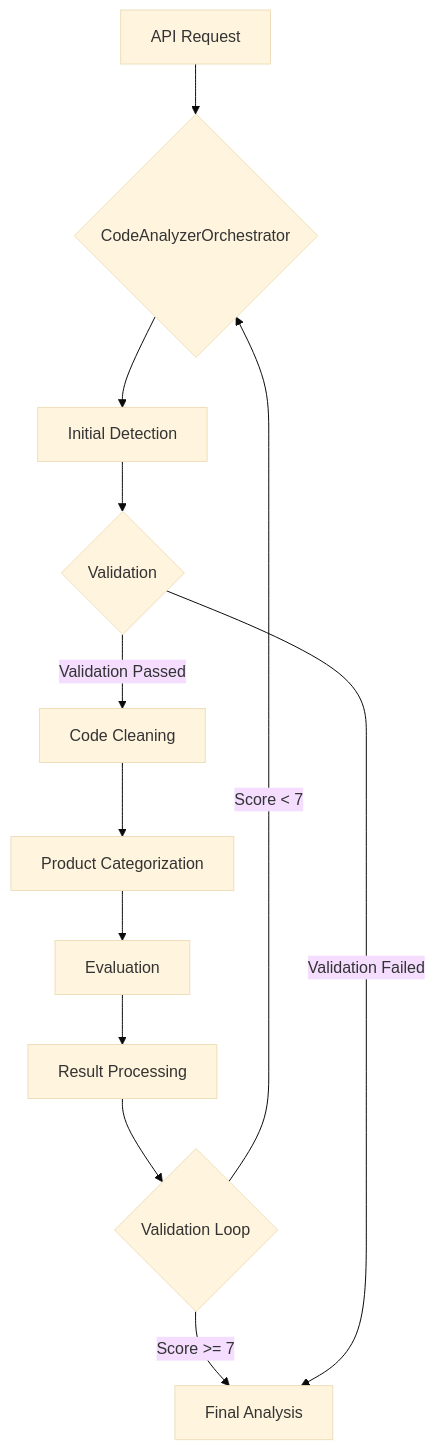
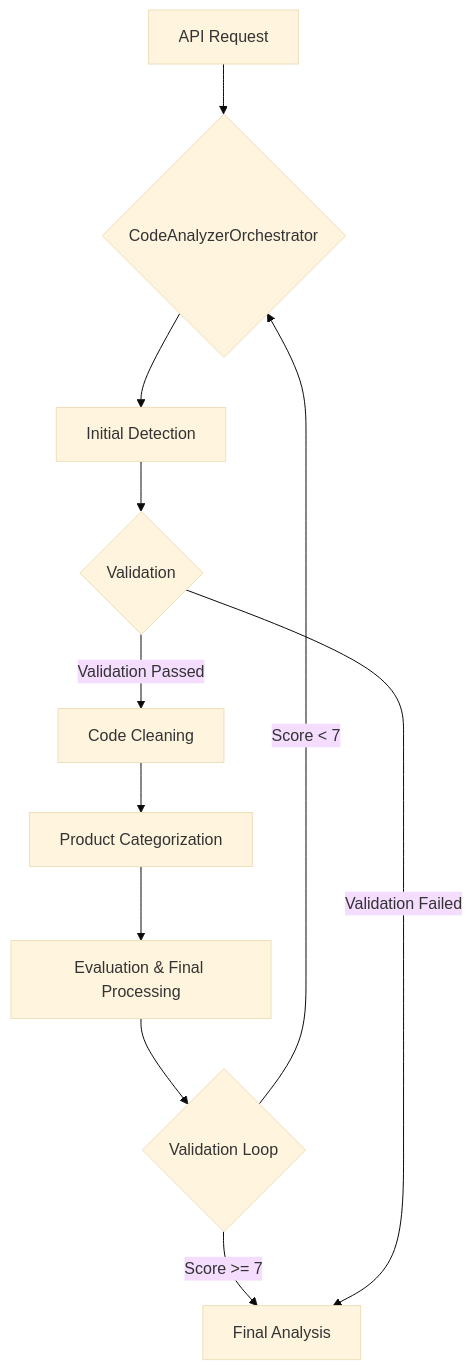
One commit to joeshirey/HealthScoringAgent changed the diagram in README.md. Above: the diagram before and after it, drawn with Mermaid (base theme). The commit also changed other lines of this file and 7 other files, not shown here.

First line of the commit message:
feat: Refactor orchestrator to use ADK 1.11 output_schema

````diff
--- a/README.md
+++ b/README.md
@@ -102,14 +102,13 @@
 ```mermaid
 graph TD
     A[API Request] --> B{CodeAnalyzerOrchestrator};
     B --> C[Initial Detection];
     C --> D{Validation};
     D -- Validation Passed --> E[Code Cleaning];
     E --> F[Product Categorization];
-    F --> G[Evaluation];
-    G --> H[Result Processing];
-    H --> I{Validation Loop};
-    I -- Score < 7 --> B;
-    I -- Score >= 7 --> J[Final Analysis];
-    D -- Validation Failed --> J;
+    F --> G[Evaluation & Final Processing];
+    G --> H{Validation Loop};
+    H -- Score < 7 --> B;
+    H -- Score >= 7 --> I[Final Analysis];
+    D -- Validation Failed --> I;
 ```
````
